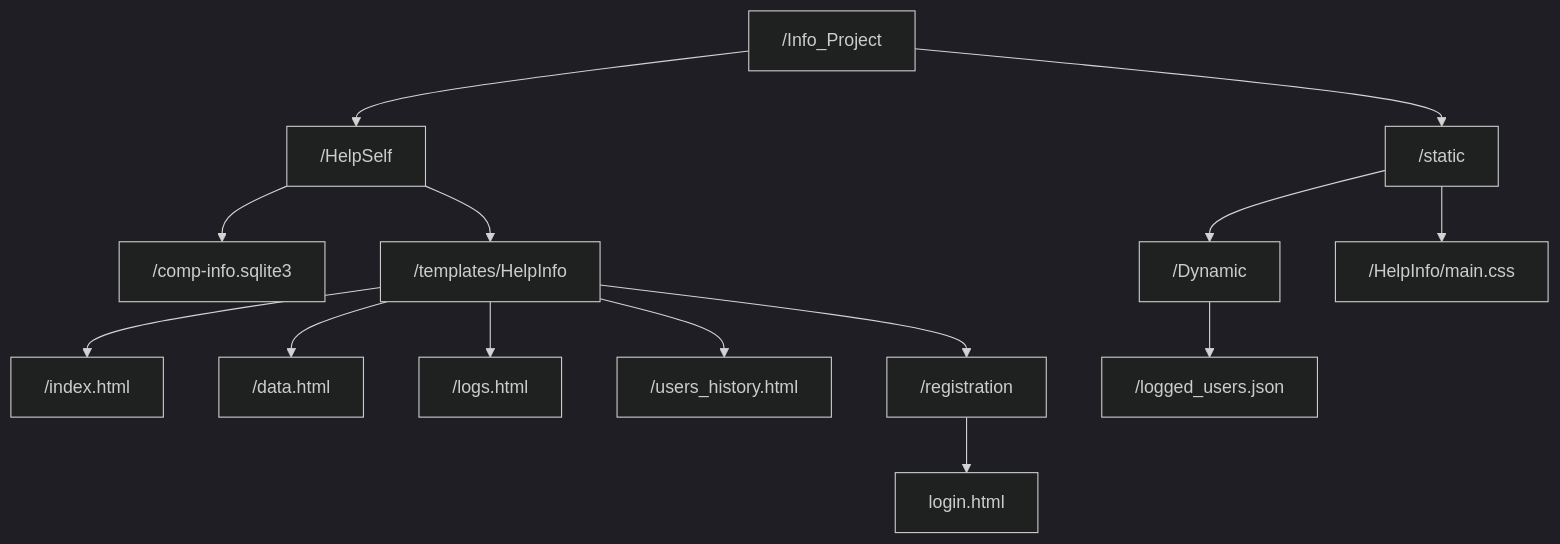
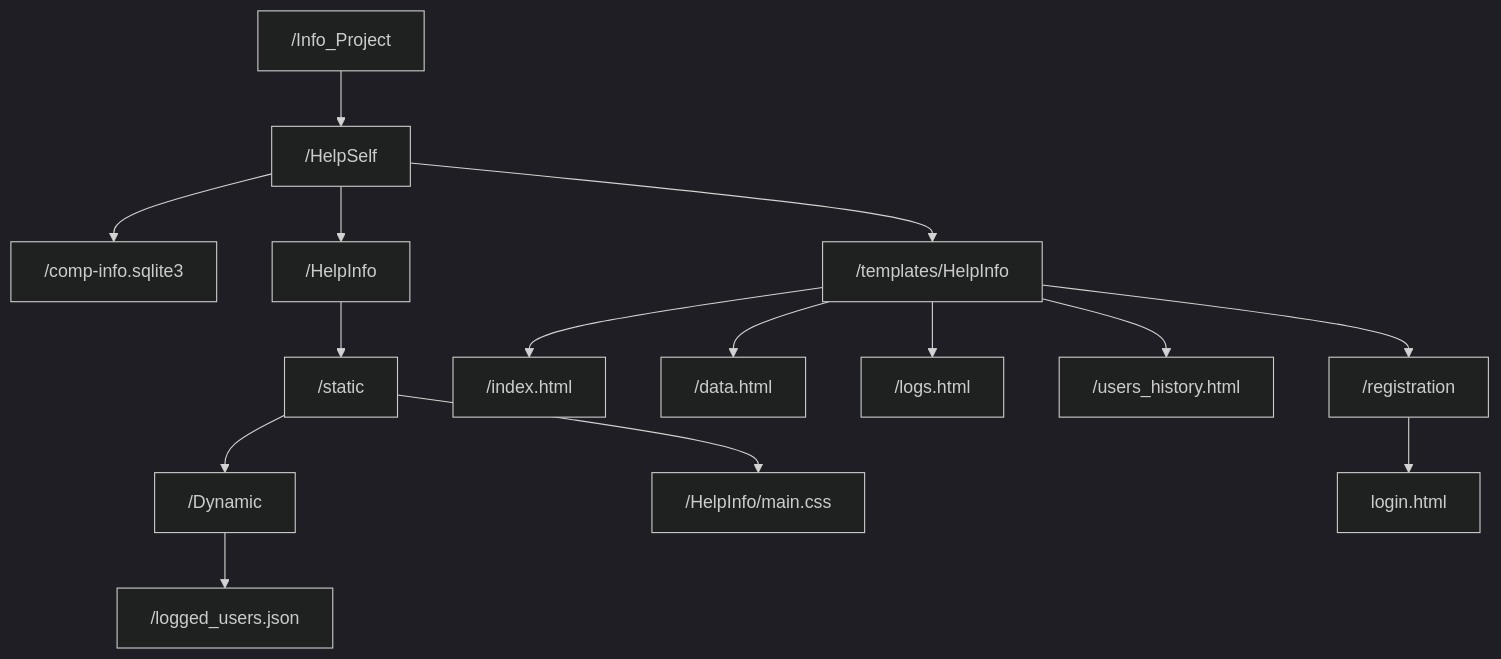
The second of 2 diagrams in README.md (YazidEl7/Info_Project), drawn with Mermaid (dark theme) before and after one commit.

````diff
--- a/README.md
+++ b/README.md
@@ -27,16 +27,17 @@
 ```mermaid
 graph TD;
     /Info_Project-->/HelpSelf;
     /HelpSelf-->/comp-info.sqlite3;
-    /Info_Project-->/static;
+    /HelpSelf-->/HelpInfo;
+    /HelpInfo-->/static;
     /static-->/Dynamic;
     /Dynamic-->/logged_users.json;
     /static-->/HelpInfo/main.css;
     /HelpSelf-->/templates/HelpInfo;
     /templates/HelpInfo-->/index.html;
     /templates/HelpInfo-->/data.html;
     /templates/HelpInfo-->/logs.html;
     /templates/HelpInfo-->/users_history.html;
     /templates/HelpInfo-->/registration;
     /registration-->login.html;
 ```
````
